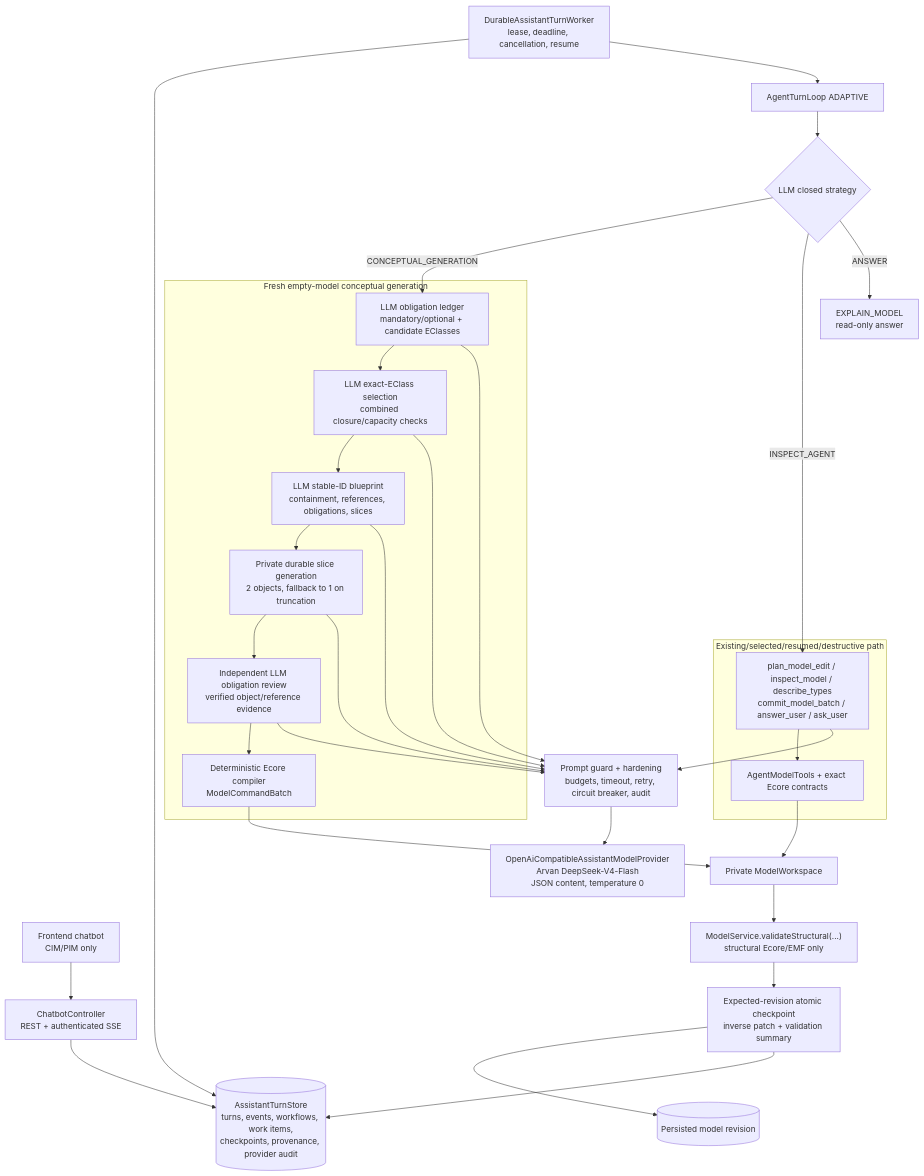
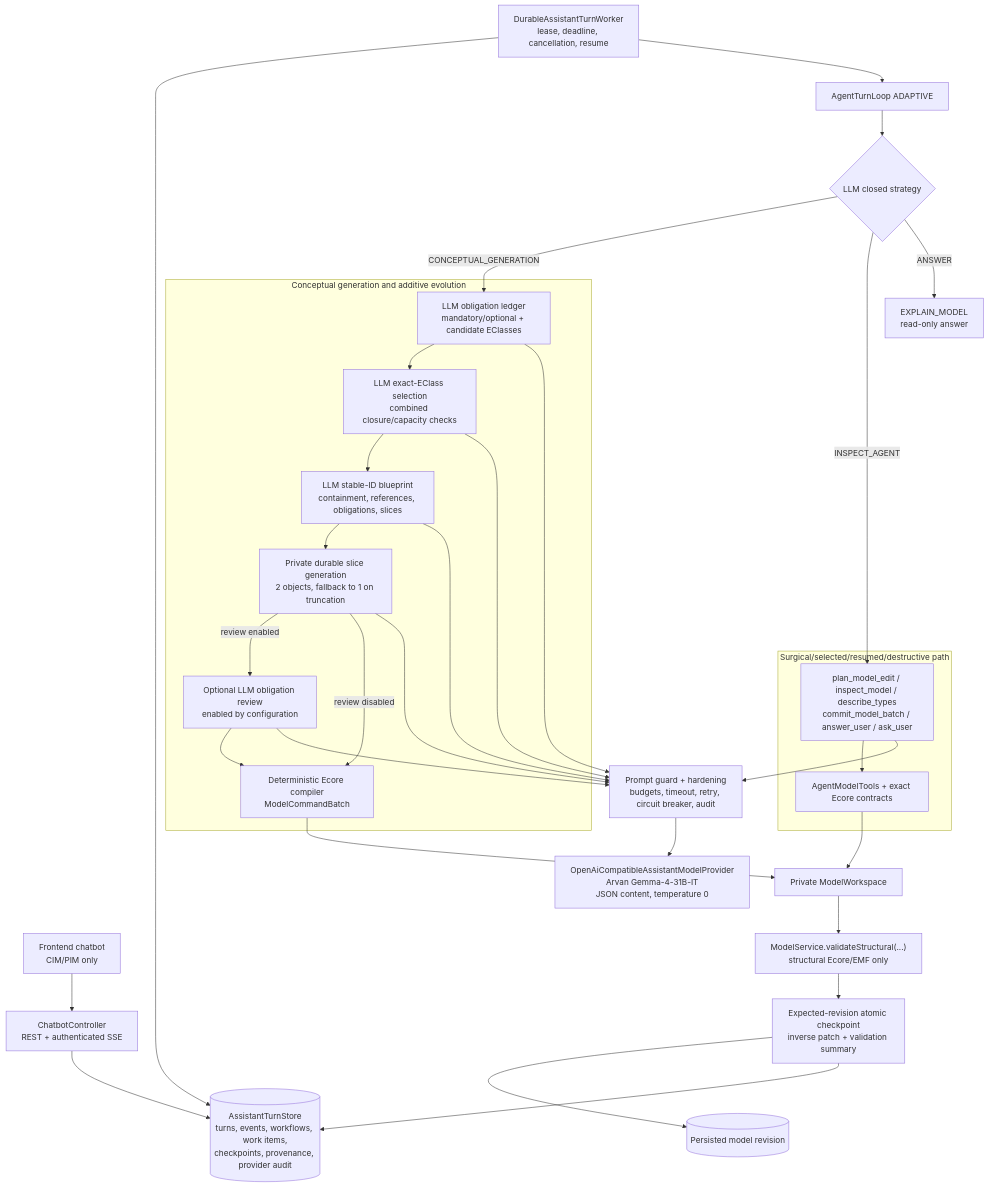
One commit to mehdieidi/modriss changed the diagram in docs/diagrams/14-ai-assistant-architecture.md. Above: the diagram before and after it, drawn with Mermaid. The commit also changed other lines of this file and 34 other files, not shown here.

First line of the commit message:
feat(ai): enhanced AI assistant guide to clarify conceptual generation and evolution processes

````diff
--- a/docs/diagrams/14-ai-assistant-architecture.md
+++ b/docs/diagrams/14-ai-assistant-architecture.md
@@ -3,48 +3,50 @@
 ```mermaid
 flowchart TB
     UI["Frontend chatbot<br/>CIM/PIM only"]
     API["ChatbotController<br/>REST + authenticated SSE"]
     Store[("AssistantTurnStore<br/>turns, events, workflows, work items,<br/>checkpoints, provenance, provider audit")]
     Worker["DurableAssistantTurnWorker<br/>lease, deadline, cancellation, resume"]
     Loop["AgentTurnLoop ADAPTIVE"]
     Strategy{"LLM closed strategy"}
 
-    subgraph CG["Fresh empty-model conceptual generation"]
+    subgraph CG["Conceptual generation and additive evolution"]
         Obligations["LLM obligation ledger<br/>mandatory/optional + candidate EClasses"]
         Types["LLM exact-EClass selection<br/>combined closure/capacity checks"]
         Blueprint["LLM stable-ID blueprint<br/>containment, references, obligations, slices"]
         Slices["Private durable slice generation<br/>2 objects, fallback to 1 on truncation"]
-        Review["Independent LLM obligation review<br/>verified object/reference evidence"]
+        Review["Optional LLM obligation review<br/>enabled by configuration"]
         Compiler["Deterministic Ecore compiler<br/>ModelCommandBatch"]
     end
 
-    subgraph IA["Existing/selected/resumed/destructive path"]
+    subgraph IA["Surgical/selected/resumed/destructive path"]
         Actions["plan_model_edit / inspect_model / describe_types<br/>commit_model_batch / answer_user / ask_user"]
         Tools["AgentModelTools + exact Ecore contracts"]
     end
 
     ReadOnly["EXPLAIN_MODEL<br/>read-only answer"]
-    Provider["OpenAiCompatibleAssistantModelProvider<br/>Arvan DeepSeek-V4-Flash<br/>JSON content, temperature 0"]
+    Provider["OpenAiCompatibleAssistantModelProvider<br/>Arvan Gemma-4-31B-IT<br/>JSON content, temperature 0"]
     Guard["Prompt guard + hardening<br/>budgets, timeout, retry, circuit breaker, audit"]
     Workspace["Private ModelWorkspace"]
     Structural["ModelService.validateStructural(...)<br/>structural Ecore/EMF only"]
     Commit["Expected-revision atomic checkpoint<br/>inverse patch + validation summary"]
     Model[("Persisted model revision")]
 
     UI --> API --> Store
     Worker --> Store
     Worker --> Loop --> Strategy
-    Strategy -->|CONCEPTUAL_GENERATION| Obligations --> Types --> Blueprint --> Slices --> Review --> Compiler
+    Strategy -->|CONCEPTUAL_GENERATION| Obligations --> Types --> Blueprint --> Slices
+    Slices -->|review enabled| Review --> Compiler
+    Slices -->|review disabled| Compiler
     Strategy -->|INSPECT_AGENT| Actions --> Tools
     Strategy -->|ANSWER| ReadOnly
     Obligations --> Guard --> Provider
     Types --> Guard
     Blueprint --> Guard
     Slices --> Guard
     Review --> Guard
     Actions --> Guard
     Compiler --> Workspace
     Tools --> Workspace
     Workspace --> Structural --> Commit --> Model
     Commit --> Store
 ```
````
